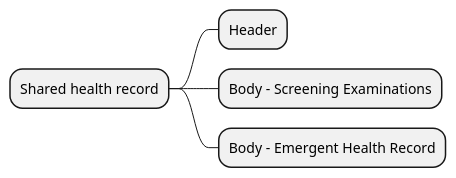
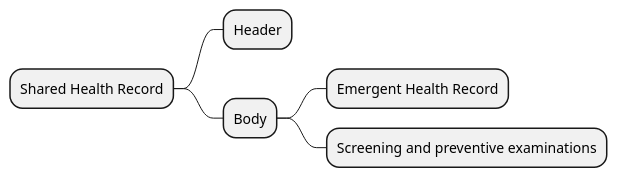
The diagram in input/images-source/szz-mindmap.plantuml (HL7-cz/szz), drawn with PlantUML before and after one commit. The commit also changed 10 other files, not shown here.

```diff
--- a/input/images-source/szz-mindmap.plantuml
+++ b/input/images-source/szz-mindmap.plantuml
@@ -1,6 +1,7 @@
 @startmindmap
-* Shared health record
+* Shared Health Record
 ** Header
-** Body - Screening Examinations
-** Body - Emergent Health Record
+** Body
+*** Emergent Health Record
+*** Screening and preventive examinations
 @endmindmap
```
